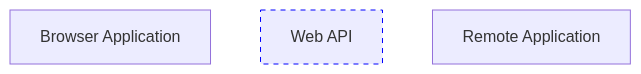
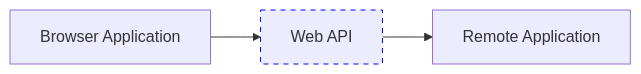
Before and after one commit to bjacobgordon/shark-ui: the diagram in docs/webAPI/architecture.mmd, drawn with Mermaid.

Commit message:
step: connects applications via web api

```diff
--- a/docs/webAPI/architecture.mmd
+++ b/docs/webAPI/architecture.mmd
@@ -1,9 +1,13 @@
-flowchart
+flowchart LR
   classDef Contract stroke: #00F, stroke-dasharray: 5
 
   BrowserApplication[Browser Application]
 
+  BrowserApplication --> WebAPI
+
   WebAPI[Web API]
   class WebAPI Contract
 
+  WebAPI --> RemoteApplication
+
   RemoteApplication[Remote Application]
```
